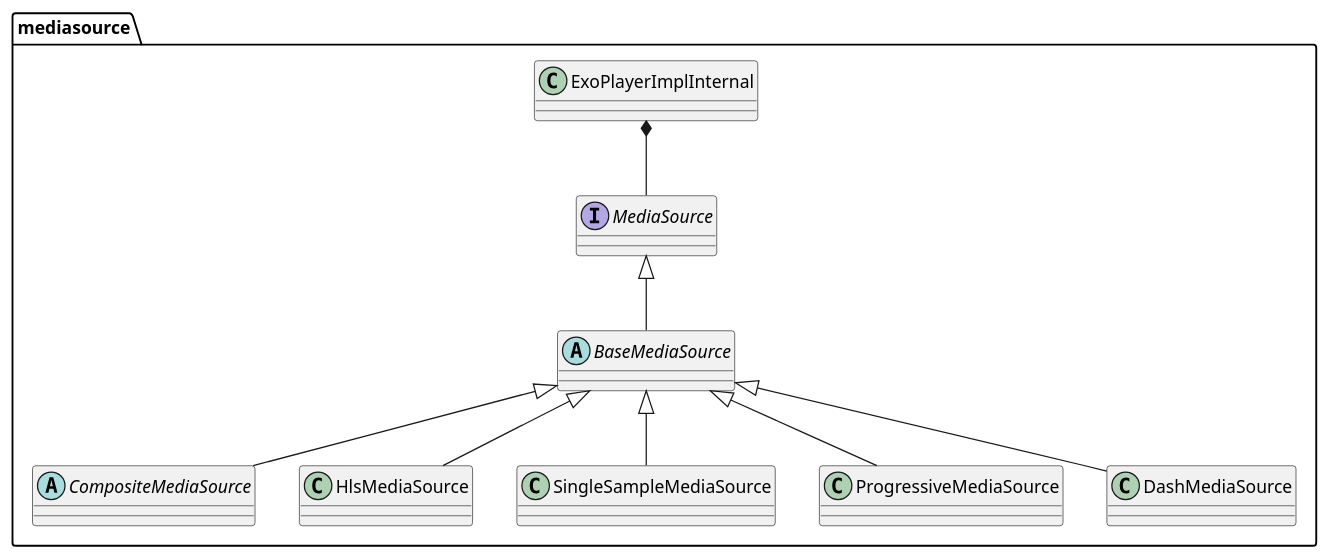
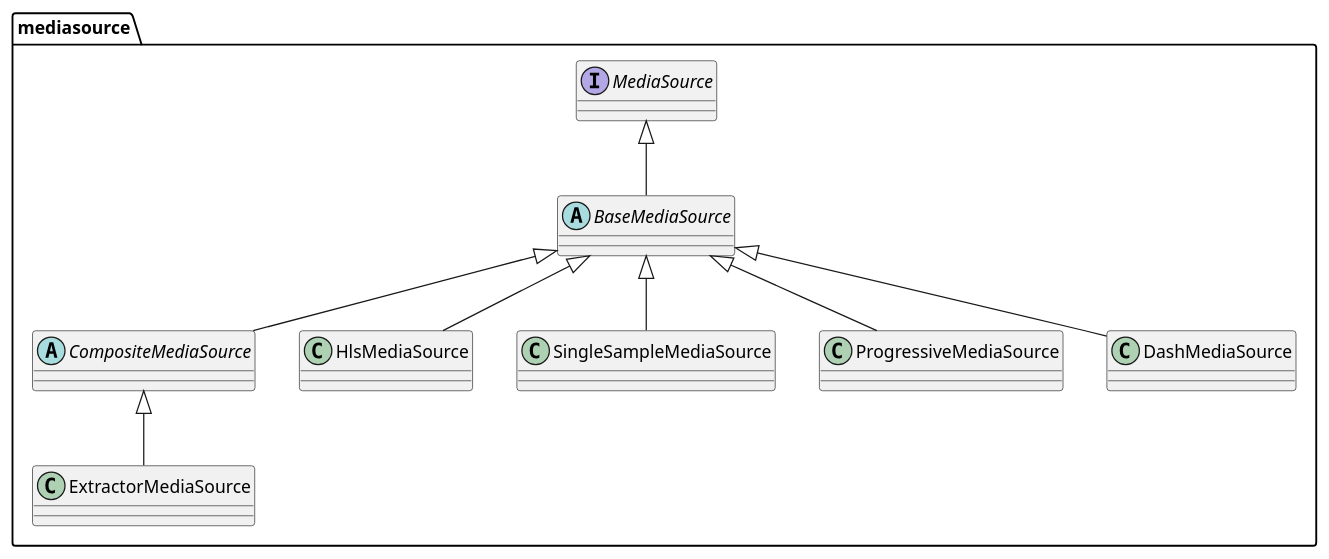
The diagram in uml/mediasource.puml (tdounnyy/exoplayer_note), drawn with PlantUML before and after one commit. The commit also changed 4 other files, not shown here.

```diff
--- a/uml/mediasource.puml
+++ b/uml/mediasource.puml
@@ -1,24 +1,24 @@
 @startuml
 'Defines and provides media to be played by an {@link com.google.android.exoplayer2.ExoPlayer}
 package mediasource{
 
 interface MediaSource
 abstract class BaseMediaSource
 abstract class CompositeMediaSource
 
 class HlsMediaSource
 class SingleSampleMediaSource
 class ProgressiveMediaSource
 class DashMediaSource
+class ExtractorMediaSource
 
 MediaSource <|-- BaseMediaSource
 BaseMediaSource <|-- HlsMediaSource
 BaseMediaSource <|-- SingleSampleMediaSource
 BaseMediaSource <|-- ProgressiveMediaSource
 BaseMediaSource <|-- DashMediaSource
 BaseMediaSource <|-- CompositeMediaSource
-
-ExoPlayerImplInternal *-- MediaSource
+CompositeMediaSource <|-- ExtractorMediaSource
 
 }
 @enduml
```
